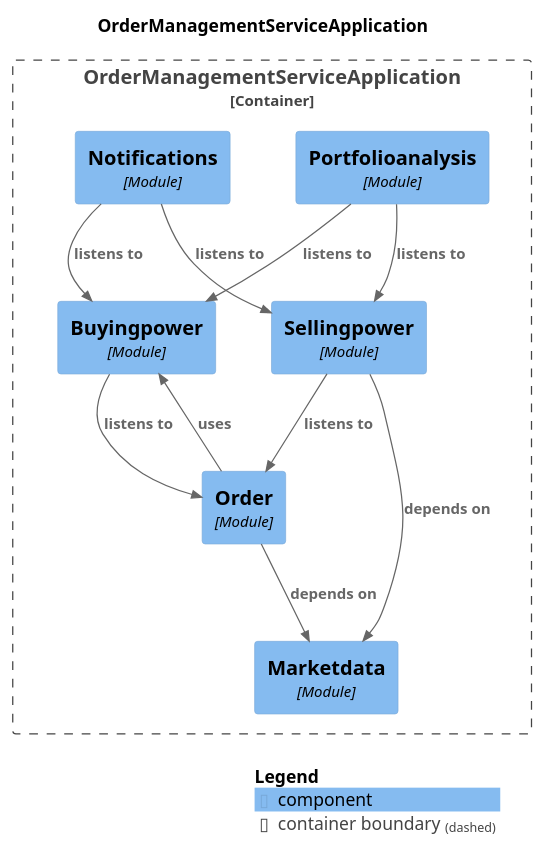
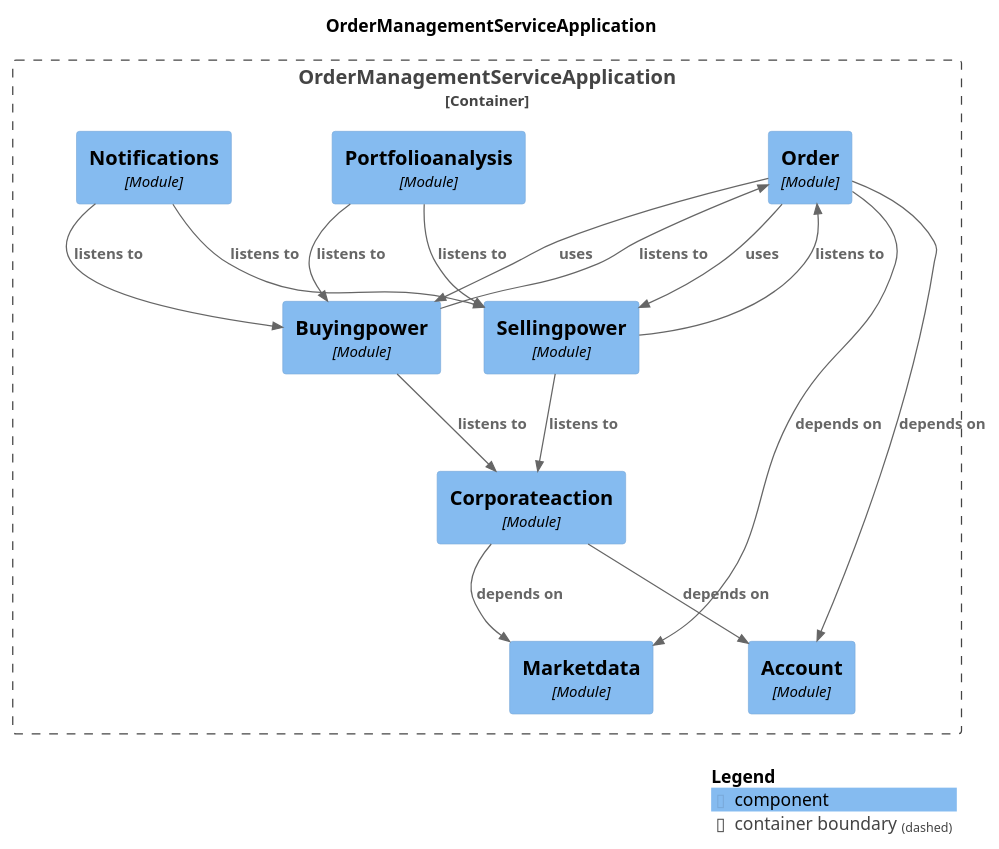
Before and after one commit to NosearY/order-management-service-reference-implementation: the diagram in spring-modulith-docs/components.puml, drawn with PlantUML. The commit also changed 46 other files, not shown here.

```diff
--- a/spring-modulith-docs/components.puml
+++ b/spring-modulith-docs/components.puml
@@ -1,31 +1,38 @@
 @startuml
 set separator none
 title OrderManagementServiceApplication
 
 top to bottom direction
 
 !include <C4/C4>
 !include <C4/C4_Context>
 !include <C4/C4_Component>
 
 Container_Boundary("OrderManagementServiceApplication.OrderManagementServiceApplication_boundary", "OrderManagementServiceApplication", $tags="") {
+  Component(OrderManagementServiceApplication.OrderManagementServiceApplication.Order, "Order", $techn="Module", $descr="", $tags="", $link="")
   Component(OrderManagementServiceApplication.OrderManagementServiceApplication.Portfolioanalysis, "Portfolioanalysis", $techn="Module", $descr="", $tags="", $link="")
+  Component(OrderManagementServiceApplication.OrderManagementServiceApplication.Corporateaction, "Corporateaction", $techn="Module", $descr="", $tags="", $link="")
   Component(OrderManagementServiceApplication.OrderManagementServiceApplication.Buyingpower, "Buyingpower", $techn="Module", $descr="", $tags="", $link="")
   Component(OrderManagementServiceApplication.OrderManagementServiceApplication.Sellingpower, "Sellingpower", $techn="Module", $descr="", $tags="", $link="")
   Component(OrderManagementServiceApplication.OrderManagementServiceApplication.Marketdata, "Marketdata", $techn="Module", $descr="", $tags="", $link="")
   Component(OrderManagementServiceApplication.OrderManagementServiceApplication.Notifications, "Notifications", $techn="Module", $descr="", $tags="", $link="")
-  Component(OrderManagementServiceApplication.OrderManagementServiceApplication.Order, "Order", $techn="Module", $descr="", $tags="", $link="")
+  Component(OrderManagementServiceApplication.OrderManagementServiceApplication.Account, "Account", $techn="Module", $descr="", $tags="", $link="")
 }
 
-Rel(OrderManagementServiceApplication.OrderManagementServiceApplication.Buyingpower, OrderManagementServiceApplication.OrderManagementServiceApplication.Order, "listens to", $techn="", $tags="", $link="")
+Rel(OrderManagementServiceApplication.OrderManagementServiceApplication.Sellingpower, OrderManagementServiceApplication.OrderManagementServiceApplication.Corporateaction, "listens to", $techn="", $tags="", $link="")
+Rel(OrderManagementServiceApplication.OrderManagementServiceApplication.Sellingpower, OrderManagementServiceApplication.OrderManagementServiceApplication.Order, "listens to", $techn="", $tags="", $link="")
+Rel(OrderManagementServiceApplication.OrderManagementServiceApplication.Order, OrderManagementServiceApplication.OrderManagementServiceApplication.Account, "depends on", $techn="", $tags="", $link="")
 Rel(OrderManagementServiceApplication.OrderManagementServiceApplication.Order, OrderManagementServiceApplication.OrderManagementServiceApplication.Marketdata, "depends on", $techn="", $tags="", $link="")
 Rel(OrderManagementServiceApplication.OrderManagementServiceApplication.Order, OrderManagementServiceApplication.OrderManagementServiceApplication.Buyingpower, "uses", $techn="", $tags="", $link="")
+Rel(OrderManagementServiceApplication.OrderManagementServiceApplication.Order, OrderManagementServiceApplication.OrderManagementServiceApplication.Sellingpower, "uses", $techn="", $tags="", $link="")
+Rel(OrderManagementServiceApplication.OrderManagementServiceApplication.Buyingpower, OrderManagementServiceApplication.OrderManagementServiceApplication.Corporateaction, "listens to", $techn="", $tags="", $link="")
+Rel(OrderManagementServiceApplication.OrderManagementServiceApplication.Buyingpower, OrderManagementServiceApplication.OrderManagementServiceApplication.Order, "listens to", $techn="", $tags="", $link="")
+Rel(OrderManagementServiceApplication.OrderManagementServiceApplication.Notifications, OrderManagementServiceApplication.OrderManagementServiceApplication.Sellingpower, "listens to", $techn="", $tags="", $link="")
+Rel(OrderManagementServiceApplication.OrderManagementServiceApplication.Notifications, OrderManagementServiceApplication.OrderManagementServiceApplication.Buyingpower, "listens to", $techn="", $tags="", $link="")
+Rel(OrderManagementServiceApplication.OrderManagementServiceApplication.Corporateaction, OrderManagementServiceApplication.OrderManagementServiceApplication.Marketdata, "depends on", $techn="", $tags="", $link="")
+Rel(OrderManagementServiceApplication.OrderManagementServiceApplication.Corporateaction, OrderManagementServiceApplication.OrderManagementServiceApplication.Account, "depends on", $techn="", $tags="", $link="")
 Rel(OrderManagementServiceApplication.OrderManagementServiceApplication.Portfolioanalysis, OrderManagementServiceApplication.OrderManagementServiceApplication.Buyingpower, "listens to", $techn="", $tags="", $link="")
 Rel(OrderManagementServiceApplication.OrderManagementServiceApplication.Portfolioanalysis, OrderManagementServiceApplication.OrderManagementServiceApplication.Sellingpower, "listens to", $techn="", $tags="", $link="")
-Rel(OrderManagementServiceApplication.OrderManagementServiceApplication.Sellingpower, OrderManagementServiceApplication.OrderManagementServiceApplication.Order, "listens to", $techn="", $tags="", $link="")
-Rel(OrderManagementServiceApplication.OrderManagementServiceApplication.Sellingpower, OrderManagementServiceApplication.OrderManagementServiceApplication.Marketdata, "depends on", $techn="", $tags="", $link="")
-Rel(OrderManagementServiceApplication.OrderManagementServiceApplication.Notifications, OrderManagementServiceApplication.OrderManagementServiceApplication.Sellingpower, "listens to", $techn="", $tags="", $link="")
-Rel(OrderManagementServiceApplication.OrderManagementServiceApplication.Notifications, OrderManagementServiceApplication.OrderManagementServiceApplication.Buyingpower, "listens to", $techn="", $tags="", $link="")
 
 SHOW_LEGEND(true)
 @enduml
```
